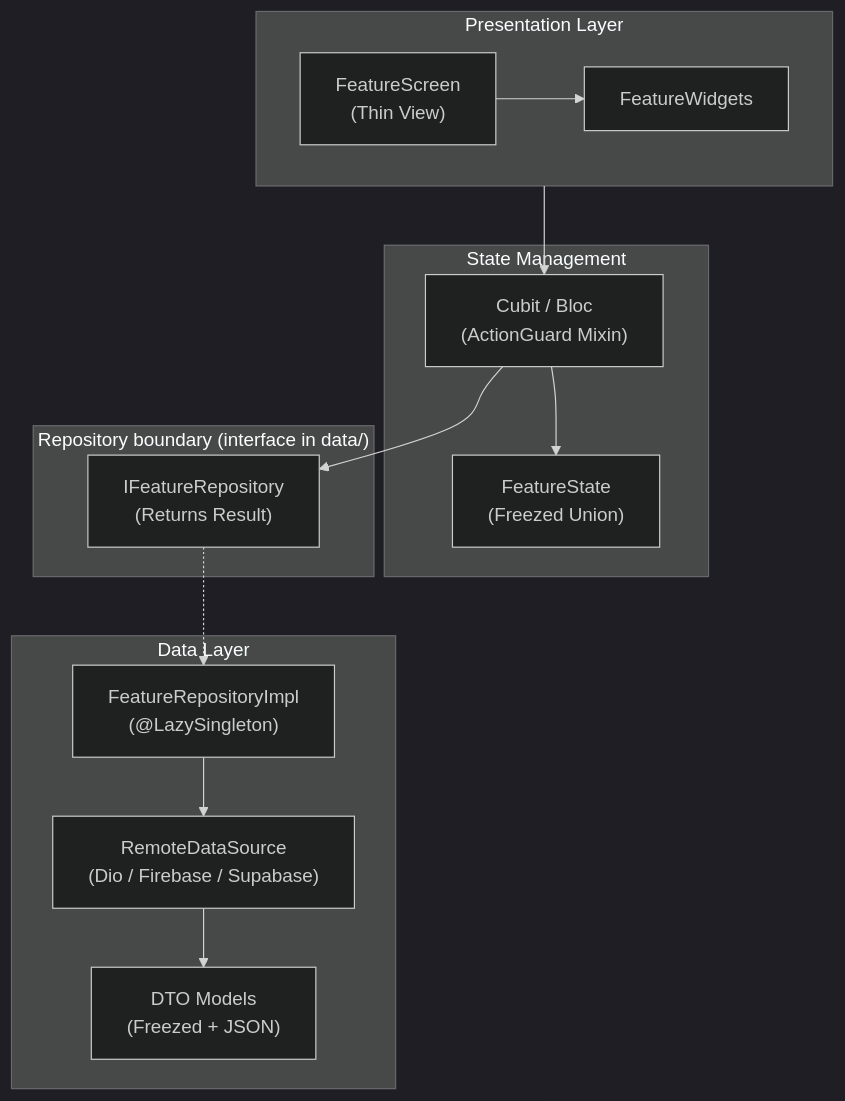
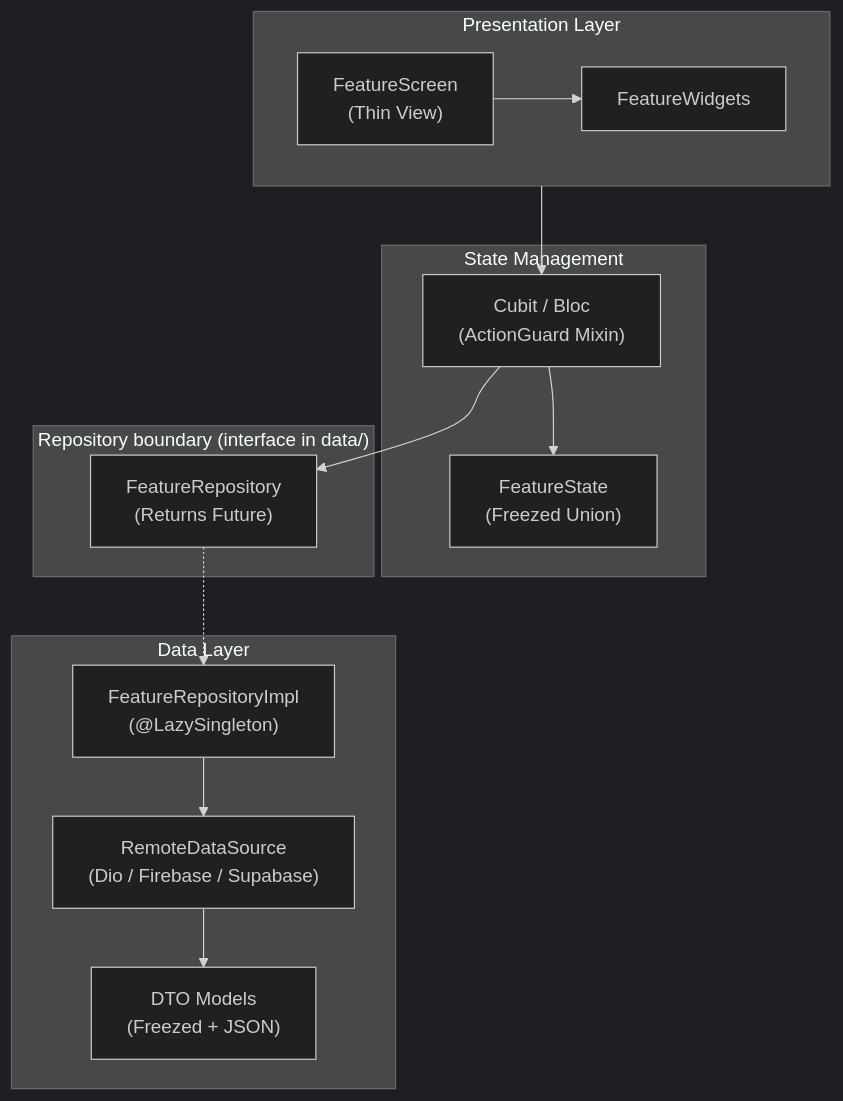
One commit to Clark605/flutter_Starter_template changed the diagram in README.md. Above: the diagram before and after it, drawn with Mermaid (dark theme). The commit also changed other lines of this file and 22 other files, not shown here.

First line of the commit message:
Refactor architecture and error handling in Flutter starter

````diff
--- a/README.md
+++ b/README.md
@@ -18,31 +18,31 @@
 ```mermaid
 flowchart TD
     subgraph UI ["Presentation Layer"]
         Screen["FeatureScreen\n(Thin View)"]
         Widget["FeatureWidgets"]
         Screen --> Widget
     end
 
     subgraph State ["State Management"]
         Cubit["Cubit / Bloc\n(ActionGuard Mixin)"]
         UnionState["FeatureState\n(Freezed Union)"]
         Cubit --> UnionState
     end
 
     subgraph Domain ["Repository boundary (interface in data/)"]
-        RepoInterface["IFeatureRepository\n(Returns Result<T>)"]
+        RepoInterface["FeatureRepository\n(Returns Future<T>)"]
     end
 
     subgraph Data ["Data Layer"]
         RepoImpl["FeatureRepositoryImpl\n(@LazySingleton)"]
         RemoteSource["RemoteDataSource\n(Dio / Firebase / Supabase)"]
         DTO["DTO Models\n(Freezed + JSON)"]
 
         RepoImpl --> RemoteSource
         RemoteSource --> DTO
     end
 
     UI --> Cubit
     Cubit --> RepoInterface
     RepoInterface -.-> RepoImpl
 ```
````
